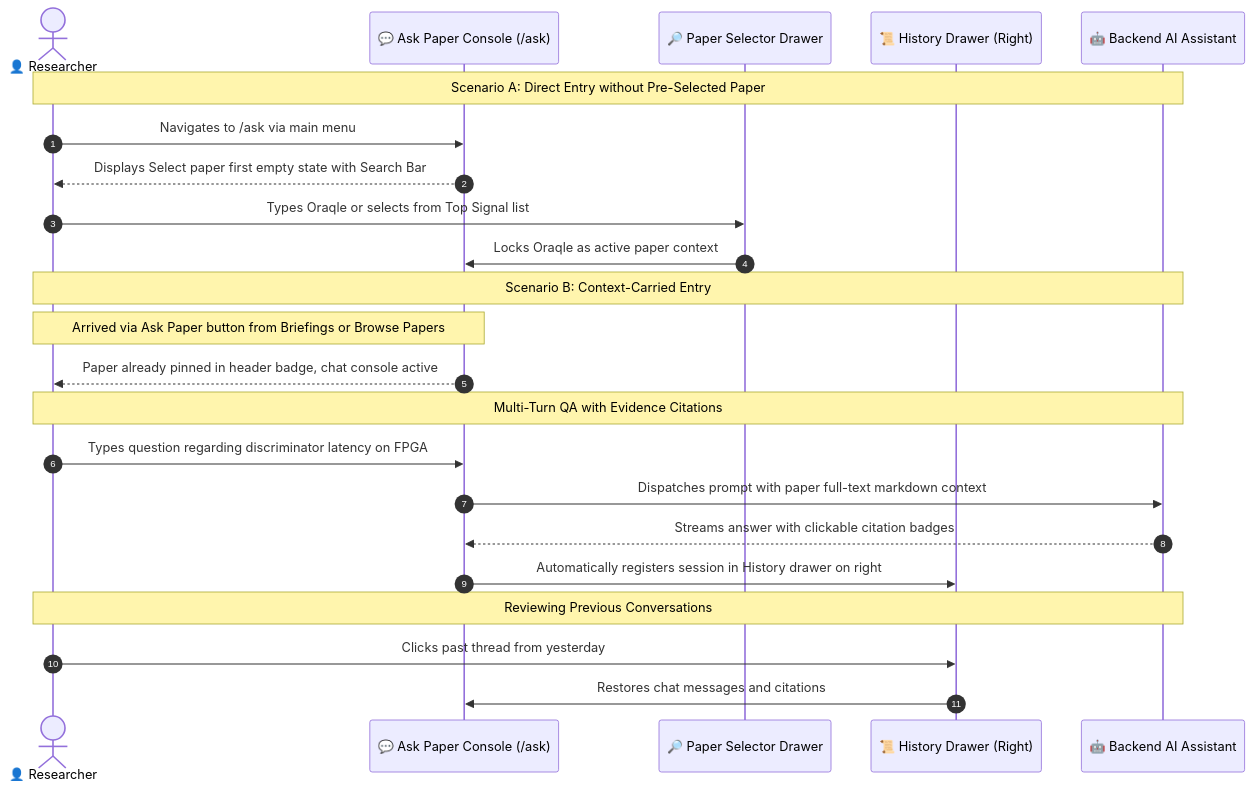
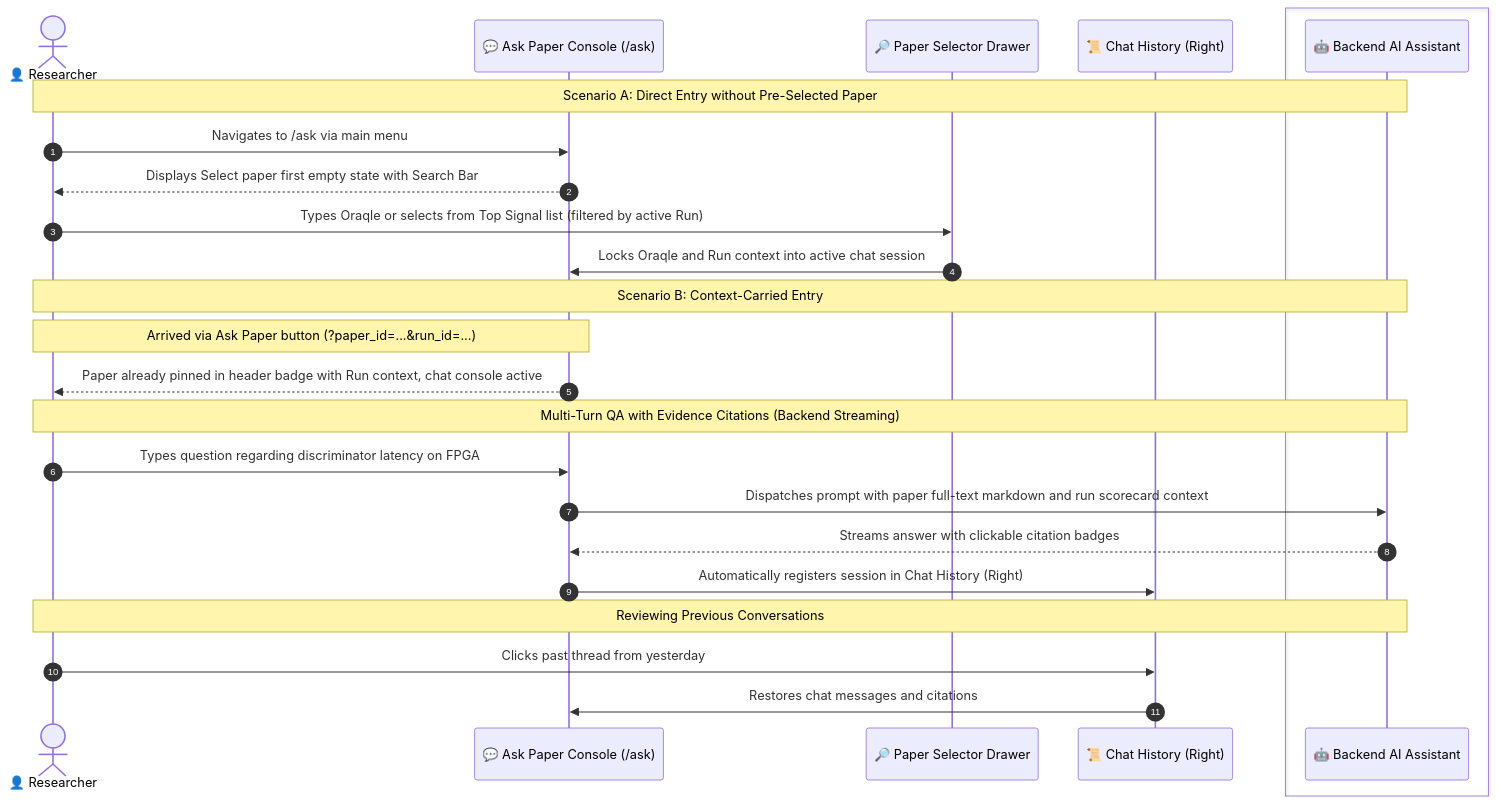
One commit to p4ku/research-intelligence changed the third of 6 diagrams in docs/user_journeys/stage_2_user_journeys.md. Above: the diagram before and after it, drawn with Mermaid. The commit also changed other lines of this file, not shown here.

Commit message:
docs: differentiate backend AI in ask diagram, rename to Chat History, and specify explicit Run Context architecture across all routes

````diff
--- a/docs/user_journeys/stage_2_user_journeys.md
+++ b/docs/user_journeys/stage_2_user_journeys.md
@@ -211,29 +214,32 @@
 ```mermaid
 sequenceDiagram
     autonumber
     actor User as 👤 Researcher
     participant AskUI as 💬 Ask Paper Console (/ask)
     participant SearchModal as 🔎 Paper Selector Drawer
-    participant HistoryPanel as 📜 History Drawer (Right)
-    participant LLM as 🤖 Backend AI Assistant
+    participant HistoryPanel as 📜 Chat History (Right)
+
+    box #f1f5f9 Backend Service (Non-UI System)
+        participant LLM as 🤖 Backend AI Assistant
+    end
 
     Note over User,LLM: Scenario A: Direct Entry without Pre-Selected Paper
     User->>AskUI: Navigates to /ask via main menu
     AskUI-->>User: Displays Select paper first empty state with Search Bar
-    User->>SearchModal: Types Oraqle or selects from Top Signal list
-    SearchModal->>AskUI: Locks Oraqle as active paper context
+    User->>SearchModal: Types Oraqle or selects from Top Signal list (filtered by active Run)
+    SearchModal->>AskUI: Locks Oraqle and Run context into active chat session
 
     Note over User,LLM: Scenario B: Context-Carried Entry
-    Note over User,AskUI: Arrived via Ask Paper button from Briefings or Browse Papers
-    AskUI-->>User: Paper already pinned in header badge, chat console active
+    Note over User,AskUI: Arrived via Ask Paper button (?paper_id=...&run_id=...)
+    AskUI-->>User: Paper already pinned in header badge with Run context, chat console active
 
-    Note over User,LLM: Multi-Turn QA with Evidence Citations
+    Note over User,LLM: Multi-Turn QA with Evidence Citations (Backend Streaming)
     User->>AskUI: Types question regarding discriminator latency on FPGA
-    AskUI->>LLM: Dispatches prompt with paper full-text markdown context
+    AskUI->>LLM: Dispatches prompt with paper full-text markdown and run scorecard context
     LLM-->>AskUI: Streams answer with clickable citation badges
-    AskUI->>HistoryPanel: Automatically registers session in History drawer on right
+    AskUI->>HistoryPanel: Automatically registers session in Chat History (Right)
 
     Note over User,LLM: Reviewing Previous Conversations
     User->>HistoryPanel: Clicks past thread from yesterday
     HistoryPanel->>AskUI: Restores chat messages and citations
 ```
````
